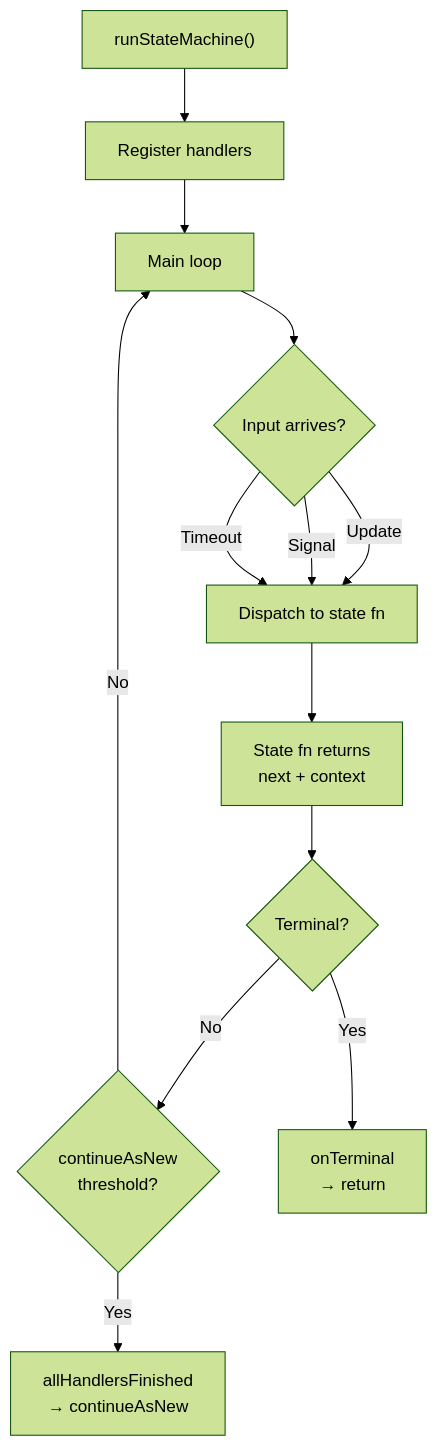
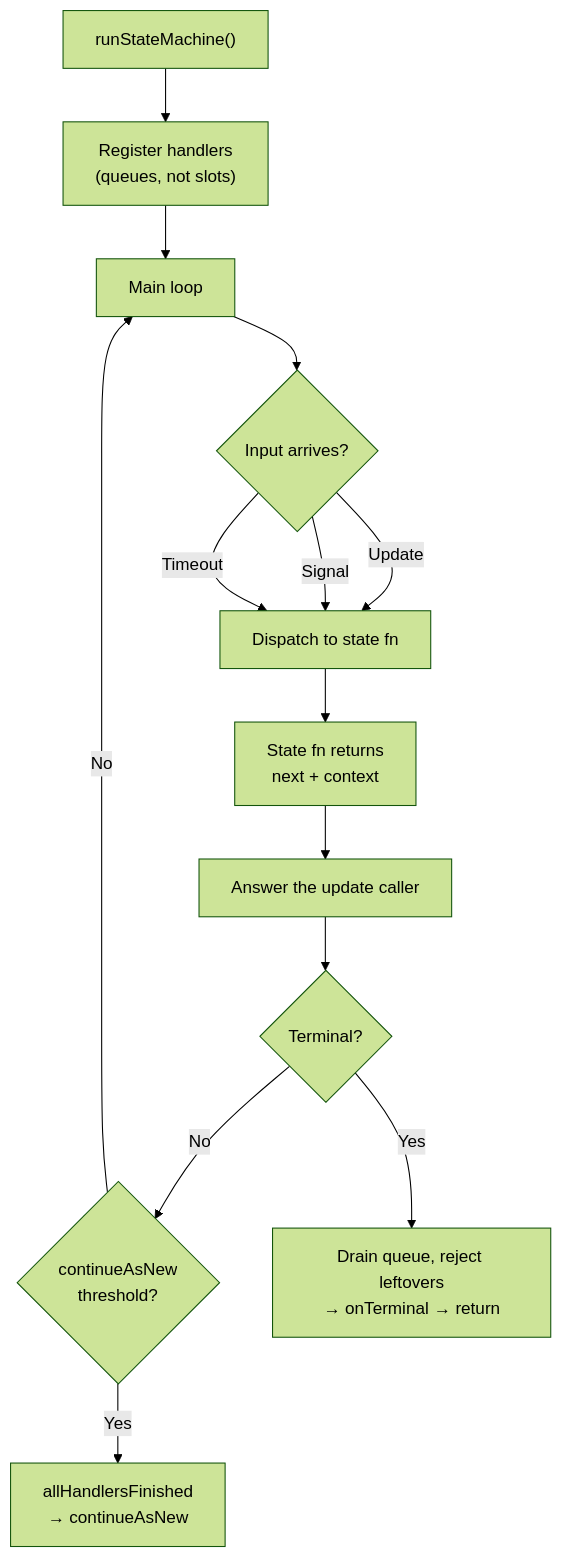
One commit to night-heron-software/nightheron-temporal-patterns changed the diagram in patterns/state-machine-driver/README.md. Above: the diagram before and after it, drawn with Mermaid (forest theme). The commit also changed other lines of this file and 11 other files, not shown here.

````diff
--- a/patterns/state-machine-driver/README.md
+++ b/patterns/state-machine-driver/README.md
@@ -34,15 +35,16 @@
 ```mermaid
 flowchart TD
-    A["runStateMachine()"] --> B["Register handlers"]
+    A["runStateMachine()"] --> B["Register handlers<br/>(queues, not slots)"]
     B --> C["Main loop"]
     C --> D{"Input arrives?"}
     D -->|"Update"| E["Dispatch to state fn"]
     D -->|"Signal"| E
     D -->|"Timeout"| E
-    E --> F["State fn returns\nnext + context"]
-    F --> G{"Terminal?"}
-    G -->|No| H{"continueAsNew\nthreshold?"}
+    E --> F["State fn returns<br/>next + context"]
+    F --> R["Answer the update caller"]
+    R --> G{"Terminal?"}
+    G -->|No| H{"continueAsNew<br/>threshold?"}
     H -->|No| C
-    H -->|Yes| I["allHandlersFinished\n→ continueAsNew"]
-    G -->|Yes| J["onTerminal\n→ return"]
+    H -->|Yes| I["allHandlersFinished<br/>→ continueAsNew"]
+    G -->|Yes| J["Drain queue, reject leftovers<br/>→ onTerminal → return"]
 ```
````
